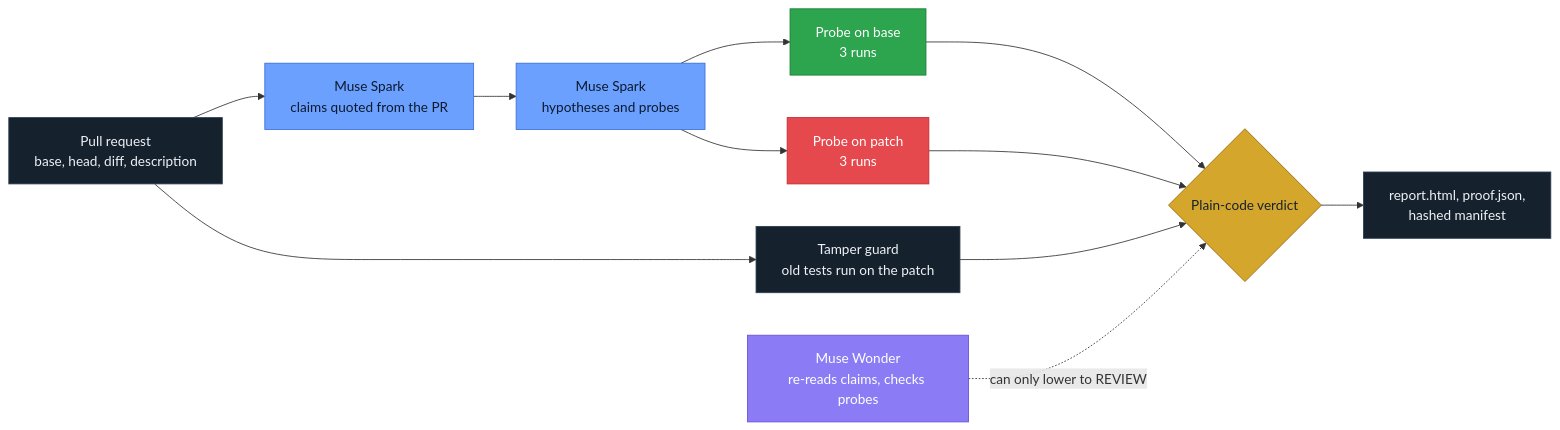
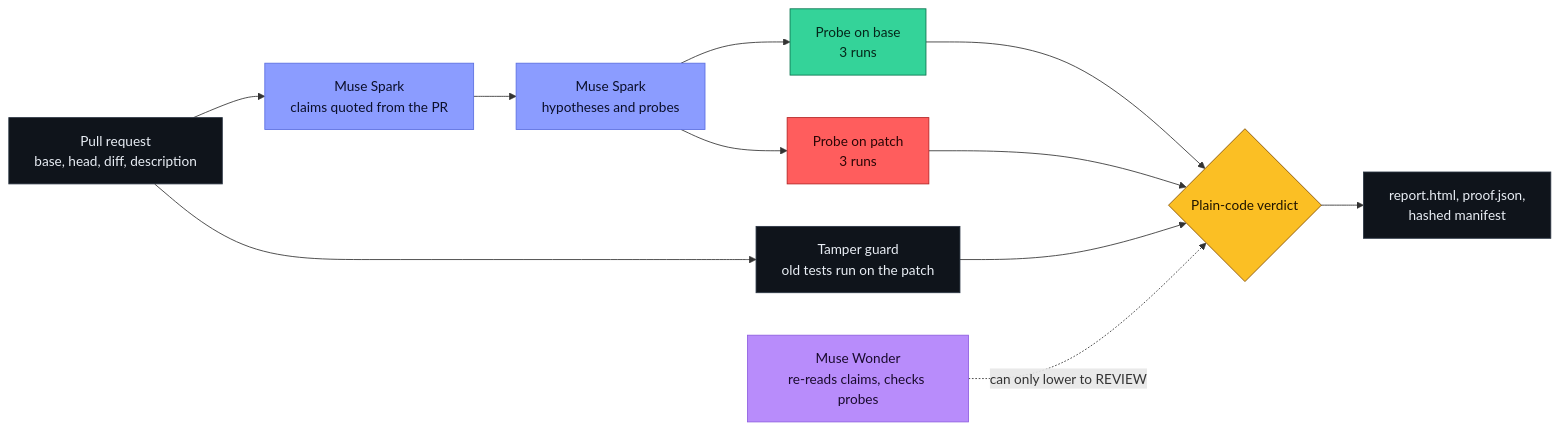
One commit to imthi16/proofmerge changed the diagram in README.md. Above: the diagram before and after it, drawn with Mermaid. The commit also changed other lines of this file and 14 other files, not shown here.

````diff
--- a/README.md
+++ b/README.md
@@ -101,26 +144,26 @@
 ```mermaid
 flowchart LR
     A["Pull request<br/>base, head, diff, description"] --> I["Muse Spark<br/>claims quoted from the PR"]
     I --> H["Muse Spark<br/>hypotheses and probes"]
     H --> C["Probe on base<br/>3 runs"]
     H --> D["Probe on patch<br/>3 runs"]
     A --> T["Tamper guard<br/>old tests run on the patch"]
     C --> E{"Plain-code verdict"}
     D --> E
     T --> E
     W["Muse Wonder<br/>re-reads claims, checks probes"] -. "can only lower to REVIEW" .-> E
     E --> R["report.html, proof.json,<br/>hashed manifest"]
 
-    classDef spark fill:#6CA0FF,stroke:#3B6FD8,color:#0B1A2E
-    classDef wonder fill:#8B7CF6,stroke:#6352D9,color:#ffffff
-    classDef base fill:#2DA44E,stroke:#1A7F37,color:#ffffff
-    classDef patch fill:#E5484D,stroke:#C5282F,color:#ffffff
-    classDef code fill:#D4A72C,stroke:#9A6700,color:#16212E
-    classDef plain fill:#16212E,stroke:#2C3E52,color:#EEF2F6
+    classDef spark fill:#8b9cff,stroke:#5b6fe0,color:#0b0f2a
+    classDef wonder fill:#b88cfb,stroke:#8f5fe0,color:#1a0b2e
+    classDef base fill:#34d399,stroke:#0b7550,color:#05261a
+    classDef patch fill:#ff5d5d,stroke:#b42323,color:#2a0606
+    classDef code fill:#fbbf24,stroke:#855000,color:#1f1400
+    classDef plain fill:#0f141b,stroke:#2c3644,color:#e9eef5
     class I,H spark
     class W wonder
     class C base
     class D patch
     class E code
     class A,T,R plain
 ```
````
